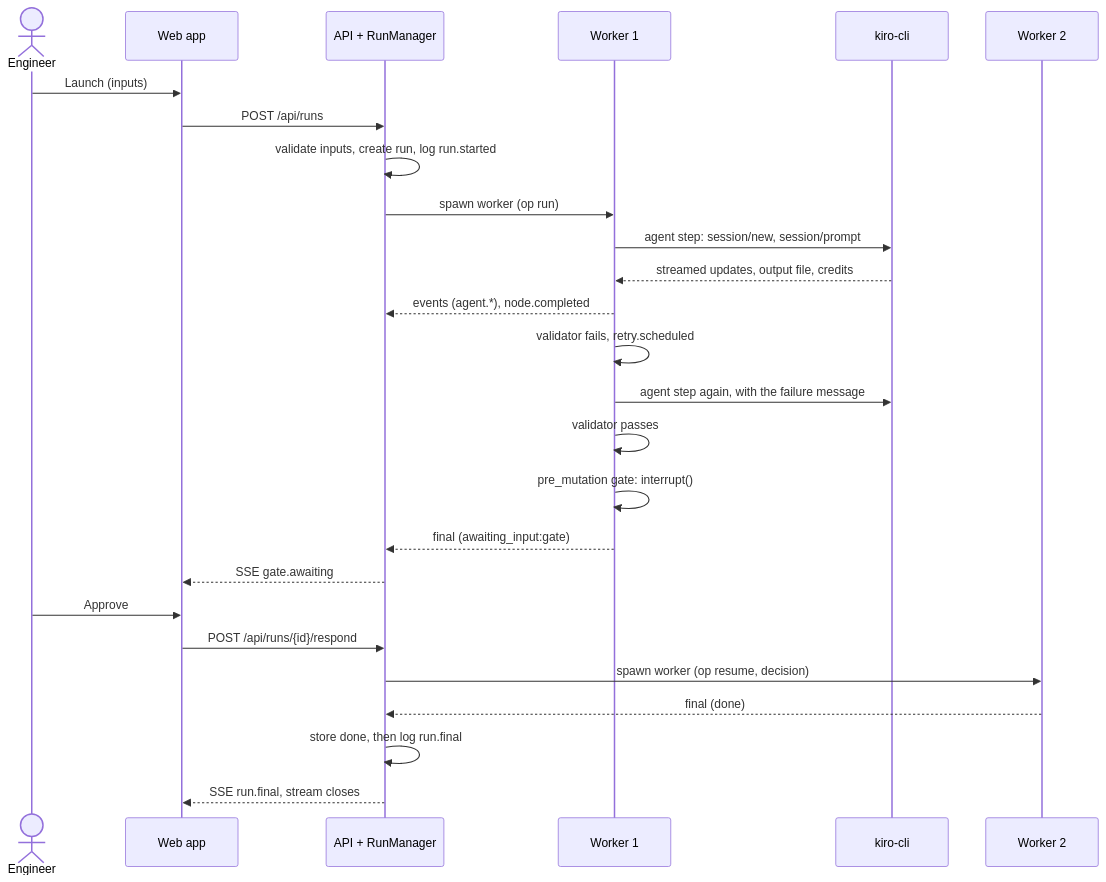
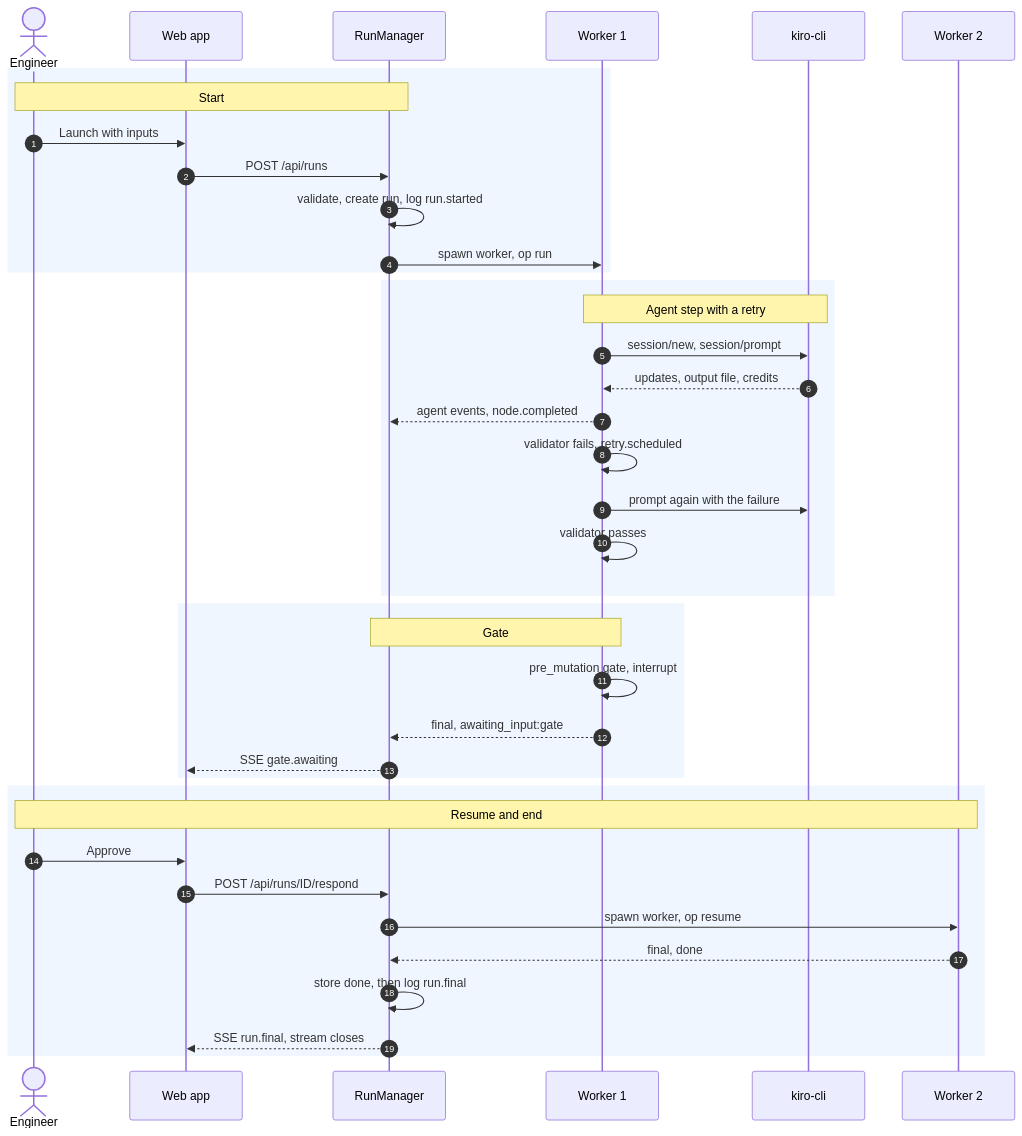
Before and after one commit to ram-020998/project-tracker: the first of 6 diagrams in genesis/architecture/07-runtime-view.md, drawn with Mermaid. The commit also changed other lines of this file and 24 other files, not shown here.

First line of the commit message:
architecture: rewrite all 86 Mermaid diagrams to one C4 style, each render-checked

````diff
--- a/genesis/architecture/07-runtime-view.md
+++ b/genesis/architecture/07-runtime-view.md
@@ -22,28 +22,41 @@
 ```mermaid
 sequenceDiagram
+    autonumber
     actor U as Engineer
     participant W as Web app
-    participant A as API + RunManager
+    participant A as RunManager
     participant K as Worker 1
     participant C as kiro-cli
     participant K2 as Worker 2
-    U->>W: Launch (inputs)
+    rect rgb(240, 246, 255)
+    Note over U,A: Start
+    U->>W: Launch with inputs
     W->>A: POST /api/runs
-    A->>A: validate inputs, create run, log run.started
-    A->>K: spawn worker (op run)
-    K->>C: agent step: session/new, session/prompt
-    C-->>K: streamed updates, output file, credits
-    K-->>A: events (agent.*), node.completed
+    A->>A: validate, create run, log run.started
+    A->>K: spawn worker, op run
+    end
+    rect rgb(240, 246, 255)
+    Note over K,C: Agent step with a retry
+    K->>C: session/new, session/prompt
+    C-->>K: updates, output file, credits
+    K-->>A: agent events, node.completed
     K->>K: validator fails, retry.scheduled
-    K->>C: agent step again, with the failure message
+    K->>C: prompt again with the failure
     K->>K: validator passes
-    K->>K: pre_mutation gate: interrupt()
-    K-->>A: final (awaiting_input:gate)
+    end
+    rect rgb(240, 246, 255)
+    Note over K,A: Gate
+    K->>K: pre_mutation gate, interrupt
+    K-->>A: final, awaiting_input:gate
     A-->>W: SSE gate.awaiting
+    end
+    rect rgb(240, 246, 255)
+    Note over U,K2: Resume and end
     U->>W: Approve
-    W->>A: POST /api/runs/{id}/respond
-    A->>K2: spawn worker (op resume, decision)
-    K2-->>A: final (done)
+    W->>A: POST /api/runs/ID/respond
+    A->>K2: spawn worker, op resume
+    K2-->>A: final, done
     A->>A: store done, then log run.final
     A-->>W: SSE run.final, stream closes
+    end
 ```
````
